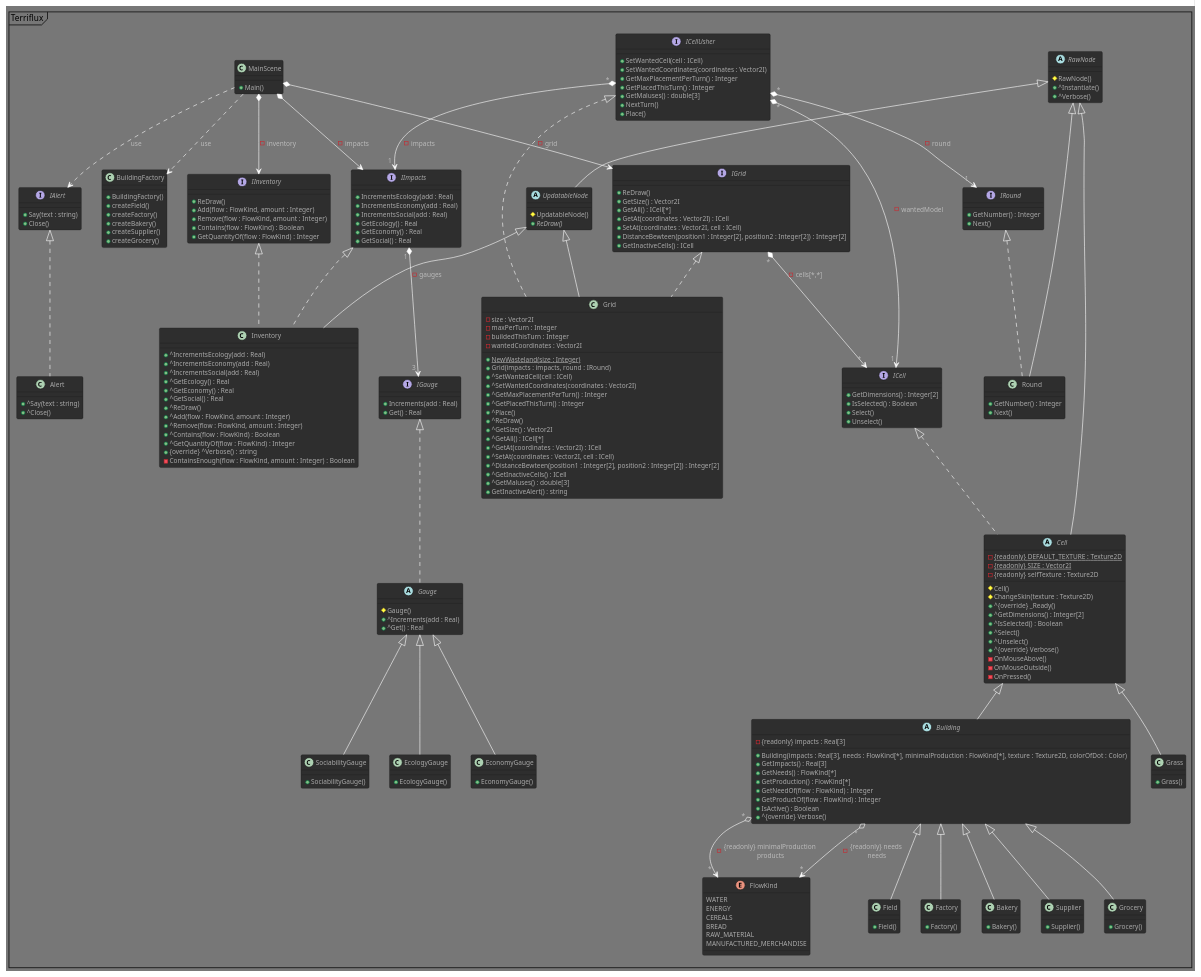
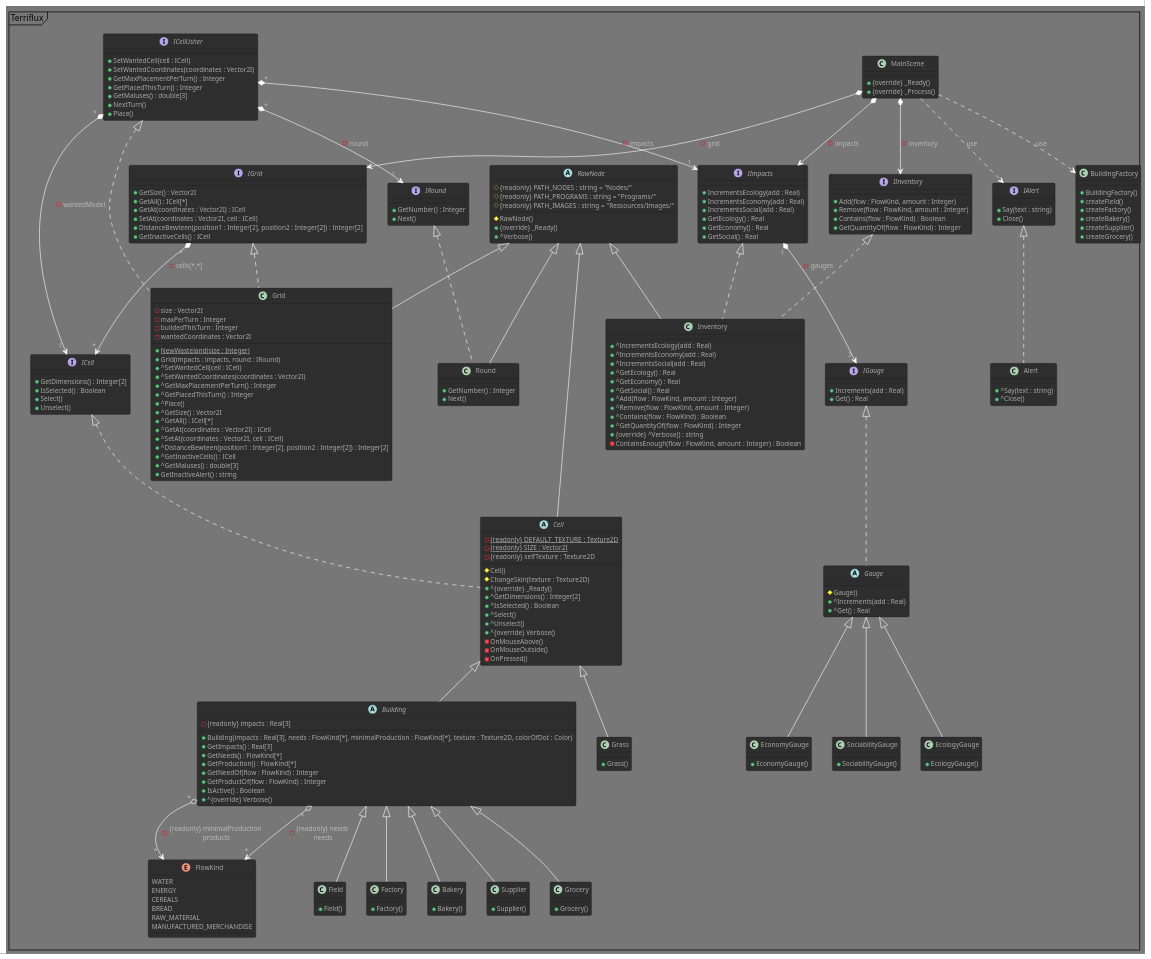
One commit to Spidermatou/Terriflux changed the diagram in Terriflux.puml. Above: the diagram before and after it, drawn with PlantUML. The commit also changed 5 other files, not shown here.

Commit message:
Add RawNode

```diff
--- a/Terriflux.puml
+++ b/Terriflux.puml
@@ -6,7 +6,8 @@
 /' MAIN SCENE '/
 class MainScene 
 {
-    + Main()
+    + {override} _Ready()
+    + {override} _Process()
 }
 MainScene *--> IImpacts : - impacts
 MainScene *--> IGrid : - grid
@@ -18,14 +19,12 @@
 /' Any node of our own creation '/
 abstract RawNode  /' extends Godot.Node '/
 {
+    # {readonly} PATH_NODES : string = "Nodes/"
+    # {readonly} PATH_PROGRAMS : string = "Programs/"
+    # {readonly} PATH_IMAGES : string = "Ressources/Images/"
     # RawNode() /' this.Name = this.getClass().ToString() '/ 
-    + ^Instantiate() /' (RawNode) GD.Load<PackedScene>(chemin_vers_noeud + noeud.Name) '/
+    + {override} _Ready()
     + ^Verbose()
-}
-abstract UpdatableNode extends RawNode
-{
-    # UpdatableNode() 
-    + {abstract} ReDraw()
 }
 
 /' CELLS '/
@@ -126,7 +125,6 @@
 /' GRID '/
 interface IGrid
 {
-    + ReDraw()              /' old update() & forceUpdate() '/  
     + GetSize() : Vector2I
     + GetAll() : ICell[*]       /' (ICell, Vector2I)[*] '/
     + GetAt(coordinates : Vector2I) : ICell
@@ -150,7 +148,7 @@
 ICellUsher" * " *--> " 1 "ICell : - wantedModel 
 ICellUsher" * " *--> " 1 "IImpacts : - impacts 
 ICellUsher" * " *--> " 1 "IRound : - round 
-class Grid extends UpdatableNode implements IGrid, ICellUsher
+class Grid extends RawNode implements IGrid, ICellUsher
 {
     - size : Vector2I
     - maxPerTurn : Integer
@@ -163,7 +161,6 @@
     + ^GetMaxPlacementPerTurn() : Integer
     + ^GetPlacedThisTurn() : Integer
     + ^Place()
-    + ^ReDraw()             
     + ^GetSize() : Vector2I
     + ^GetAll() : ICell[*]       
     + ^GetAt(coordinates : Vector2I) : ICell
@@ -210,13 +207,12 @@
 IImpacts" 1 " *--> " 3 "IGauge : - gauges
 interface IInventory 
 {
-    + ReDraw()
     + Add(flow : FlowKind, amount : Integer)
     + Remove(flow : FlowKind, amount : Integer)
     + Contains(flow : FlowKind) : Boolean
     + GetQuantityOf(flow : FlowKind) : Integer
 }
-class Inventory extends UpdatableNode implements IImpacts, IInventory /' ancien node Impact avec acces inventaire ET jauges, mais renommé '/
+class Inventory extends RawNode implements IImpacts, IInventory /' ancien node Impact avec acces inventaire ET jauges, mais renommé '/
 {   
     + ^IncrementsEcology(add : Real)
     + ^IncrementsEconomy(add : Real)
@@ -224,7 +220,6 @@
     + ^GetEcology() : Real
     + ^GetEconomy() : Real
     + ^GetSocial() : Real
-    + ^ReDraw()
     + ^Add(flow : FlowKind, amount : Integer)
     + ^Remove(flow : FlowKind, amount : Integer)
     + ^Contains(flow : FlowKind) : Boolean
```
